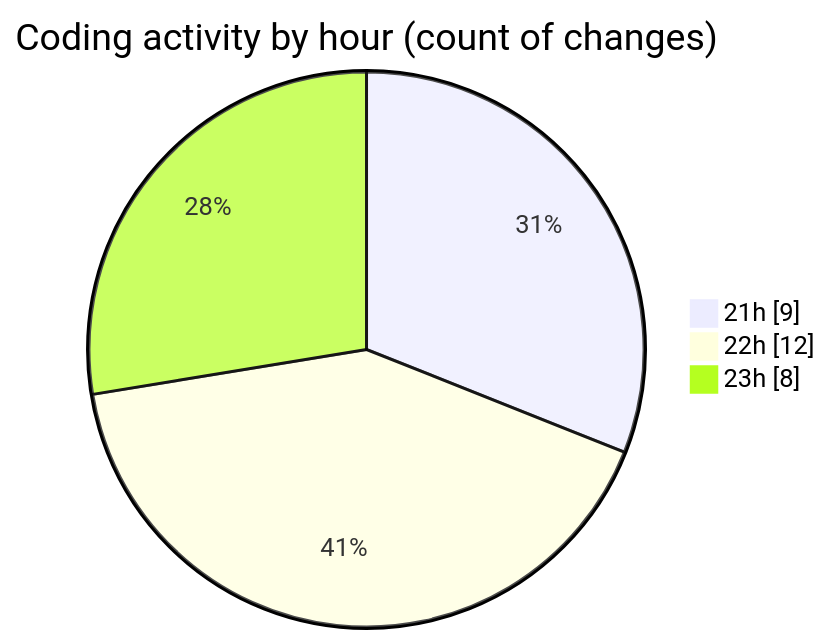
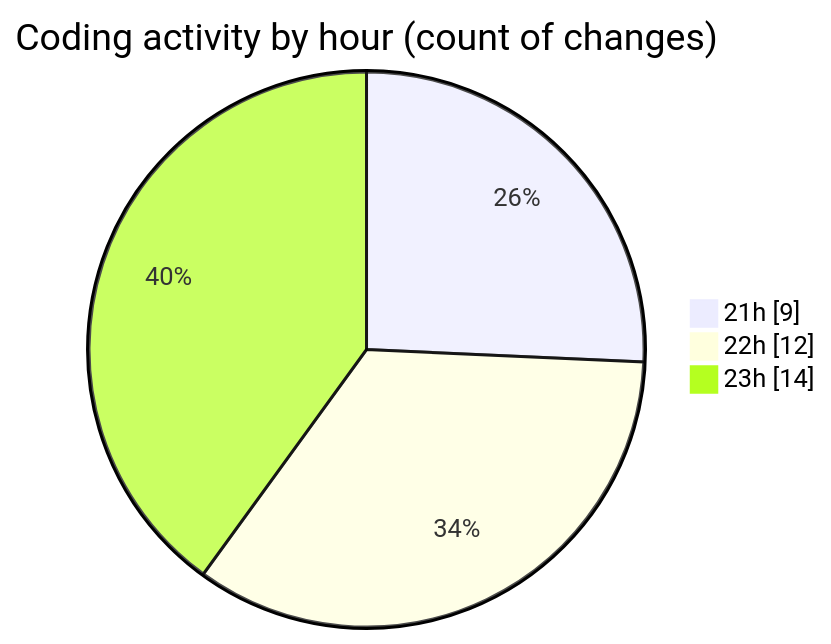
One commit to idhammustaqopulfikri/code-tracking changed the second of 2 diagrams in 2025-03-29/autodidak/README.md. Above: the diagram before and after it, drawn with Mermaid. The commit also changed other lines of this file and 1 other file, not shown here.

````diff
--- a/2025-03-29/autodidak/README.md
+++ b/2025-03-29/autodidak/README.md
@@ -35,7 +36,7 @@
 ```mermaid
 pie showData
 title Coding activity by hour (count of changes)
 "21h" : 9
 "22h" : 12
-"23h" : 8
+"23h" : 14
 ```
````
